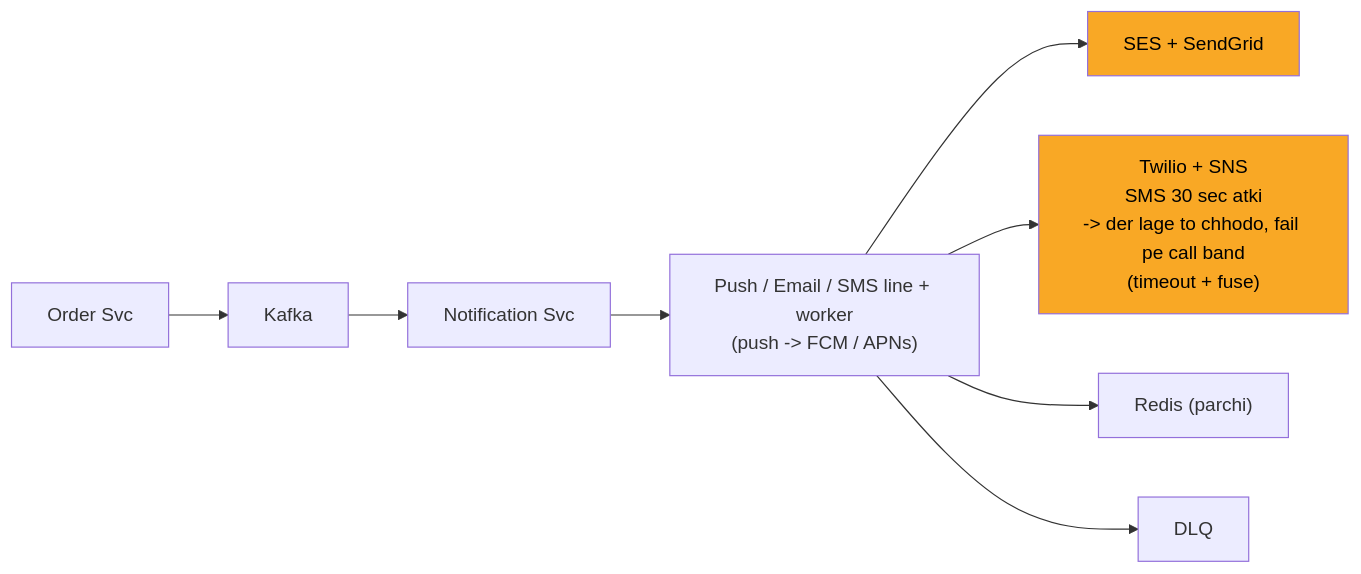
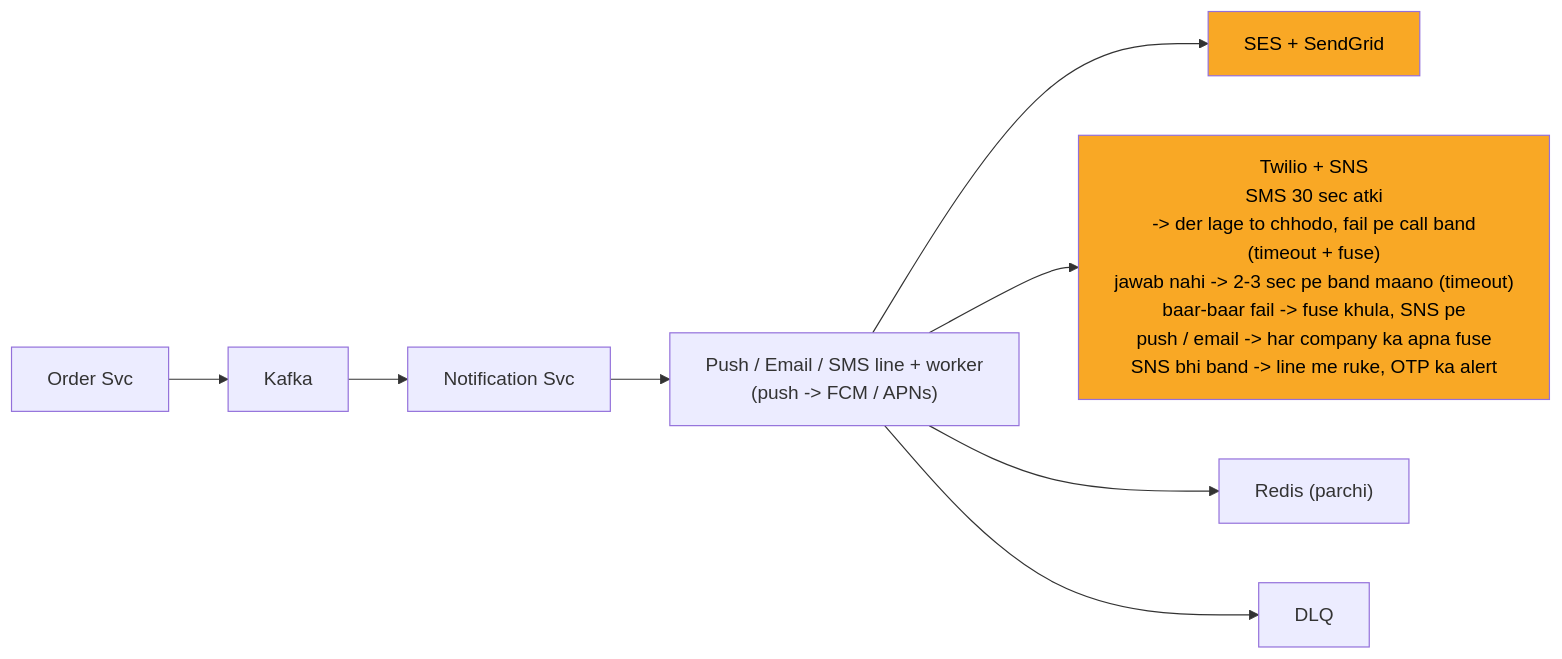
Before and after one commit to ArpanMaheshwari144/Prep: the seventh of 13 diagrams in 04_HLD/SYSTEM_DESIGNS/04_notification_system/04_notification_system.md, drawn with Mermaid. The commit also changed other lines of this file and 12 other files, not shown here.

Commit message:
hld 02-14: peele dabbe me SAFAR ke mod + diagram chauda (wrappingWidth 450)

````diff
--- a/04_HLD/SYSTEM_DESIGNS/04_notification_system/04_notification_system.md
+++ b/04_HLD/SYSTEM_DESIGNS/04_notification_system/04_notification_system.md
@@ -284,20 +290,21 @@
 ```mermaid
+%%{init: {"flowchart": {"wrappingWidth": 450}}}%%
 flowchart LR
     n_Order_Svc["Order Svc"]
     n_Kafka["Kafka"]
     n_Notification_Svc["Notification Svc"]
     n_LINES["Push / Email / SMS line + worker<br/>(push -> FCM / APNs)"]
     n_SES["SES + SendGrid"]
-    n_Twilio["Twilio + SNS<br/>SMS 30 sec atki<br/>-> der lage to chhodo, fail pe call band<br/>(timeout + fuse)"]
+    n_Twilio["Twilio + SNS<br/>SMS 30 sec atki<br/>-> der lage to chhodo, fail pe call band<br/>(timeout + fuse)<br/>jawab nahi -> 2-3 sec pe band maano (timeout)<br/>baar-baar fail -> fuse khula, SNS pe<br/>push / email -> har company ka apna fuse<br/>SNS bhi band -> line me ruke, OTP ka alert"]
     n_Redis["Redis (parchi)"]
     n_DLQ["DLQ"]
     n_Order_Svc --> n_Kafka
     n_Kafka --> n_Notification_Svc
     n_Notification_Svc --> n_LINES
     n_LINES --> n_SES
     n_LINES --> n_Twilio
     n_LINES --> n_Redis
     n_LINES --> n_DLQ
     style n_SES fill:#f9a825,color:#000
     style n_Twilio fill:#f9a825,color:#000
 ```
````
